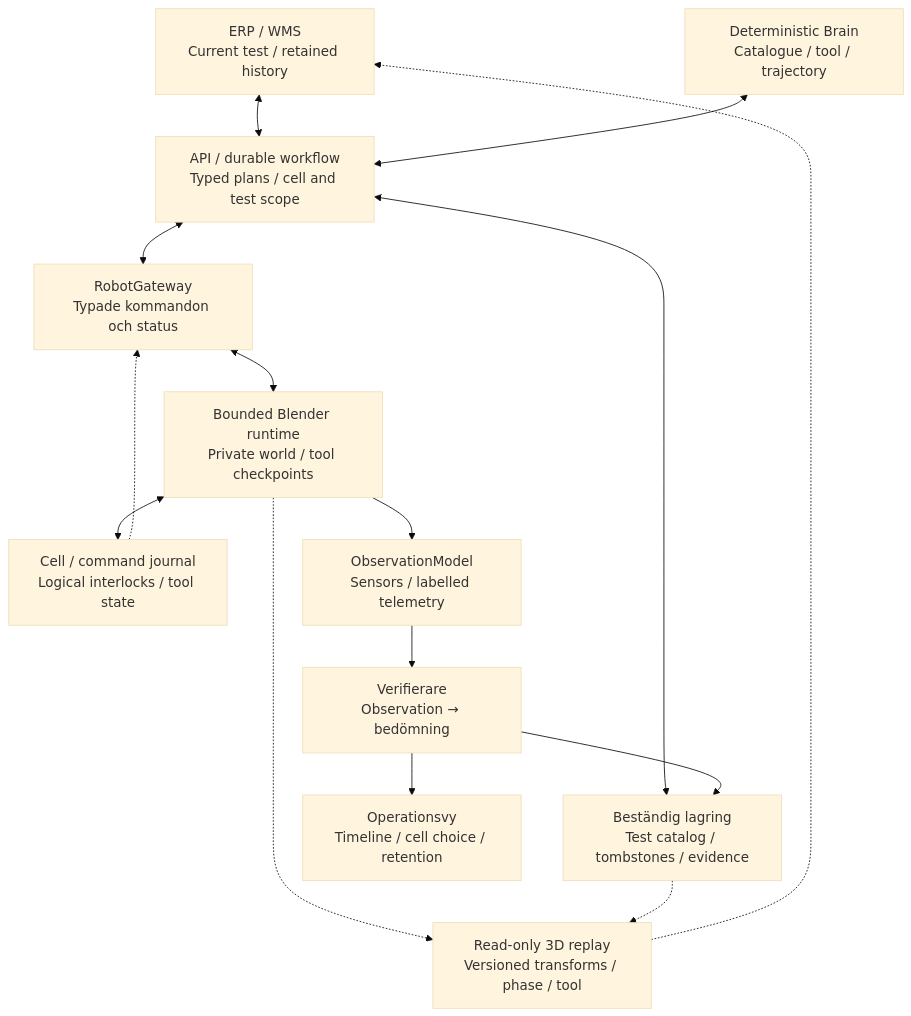
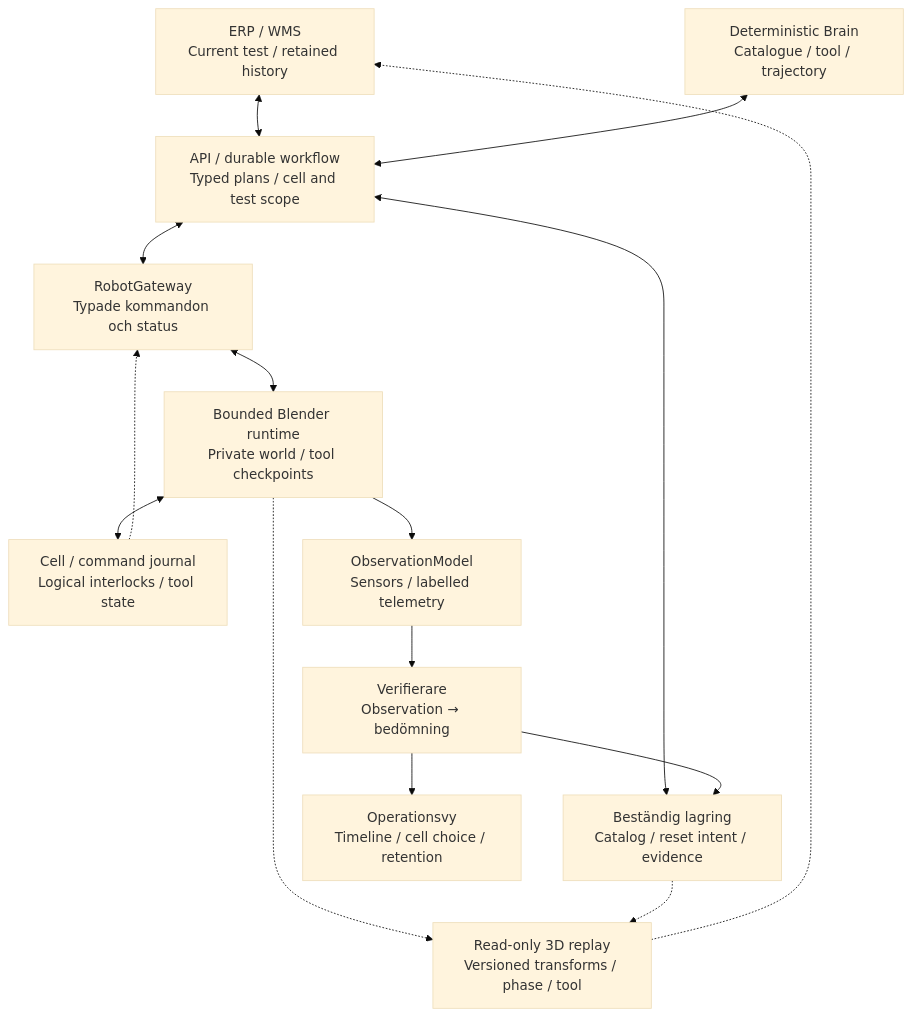
Before and after one commit to raal1600/SICS-RobotOps-Twin-E2E-Warehouse-Robotics-Integration-Simulator: the diagram in sources/diagrams/architecture.mmd, drawn with Mermaid (base theme). The commit also changed 80 other files, not shown here.

```diff
--- a/sources/diagrams/architecture.mmd
+++ b/sources/diagrams/architecture.mmd
@@ -1,26 +1,26 @@
 flowchart TD
   erp["ERP / WMS<br/>Current test / retained history"]
   core["API / durable workflow<br/>Typed plans / cell and test scope"]
   gateway["RobotGateway<br/>Typade kommandon och status"]
   brain["Deterministic Brain<br/>Catalogue / tool / trajectory"]
-  db["Beständig lagring<br/>Test catalog / tombstones / evidence"]
+  db["Beständig lagring<br/>Catalog / reset intent / evidence"]
   world["Bounded Blender runtime<br/>Private world / tool checkpoints"]
   monitor["Operationsvy<br/>Timeline / cell choice / retention"]
   verify["Verifierare<br/>Observation → bedömning"]
   cell["Cell / command journal<br/>Logical interlocks / tool state"]
   observation["ObservationModel<br/>Sensors / labelled telemetry"]
   replay["Read-only 3D replay<br/>Versioned transforms / phase / tool"]
   erp <--> core
   core <--> gateway
   core <--> db
   gateway <--> world
   world <--> cell
   verify --> db
   verify --> monitor
   brain <--> core
   cell -.-> gateway
   world --> observation
   observation --> verify
   world -.-> replay
   replay -.-> erp
   db -.-> replay
```
